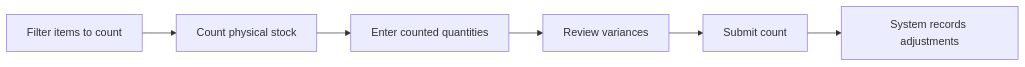
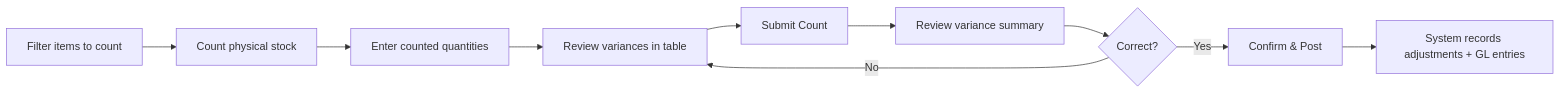
One commit to BLB3DPrinting/filaops changed the diagram in docs/user-guide/inventory.md. Above: the diagram before and after it, drawn with Mermaid. The commit also changed other lines of this file and 3 other files, not shown here.

````diff
--- a/docs/user-guide/inventory.md
+++ b/docs/user-guide/inventory.md
@@ -181,8 +181,12 @@
 ```mermaid
 graph LR
     A[Filter items to count] --> B[Count physical stock]
     B --> C[Enter counted quantities]
-    C --> D[Review variances]
-    D --> E[Submit count]
-    E --> F[System records adjustments]
+    C --> D[Review variances in table]
+    D --> E[Submit Count]
+    E --> F[Review variance summary]
+    F --> G{Correct?}
+    G -- Yes --> H[Confirm & Post]
+    G -- No --> D
+    H --> I[System records adjustments + GL entries]
 ```
````
